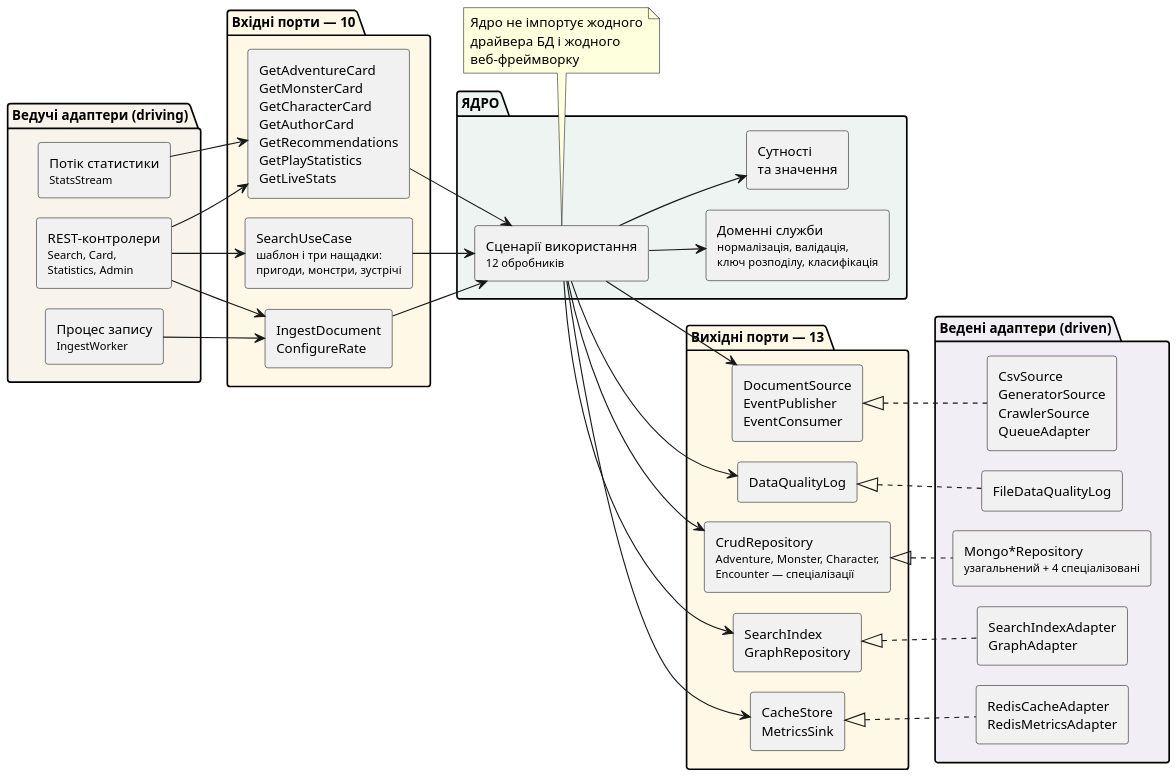
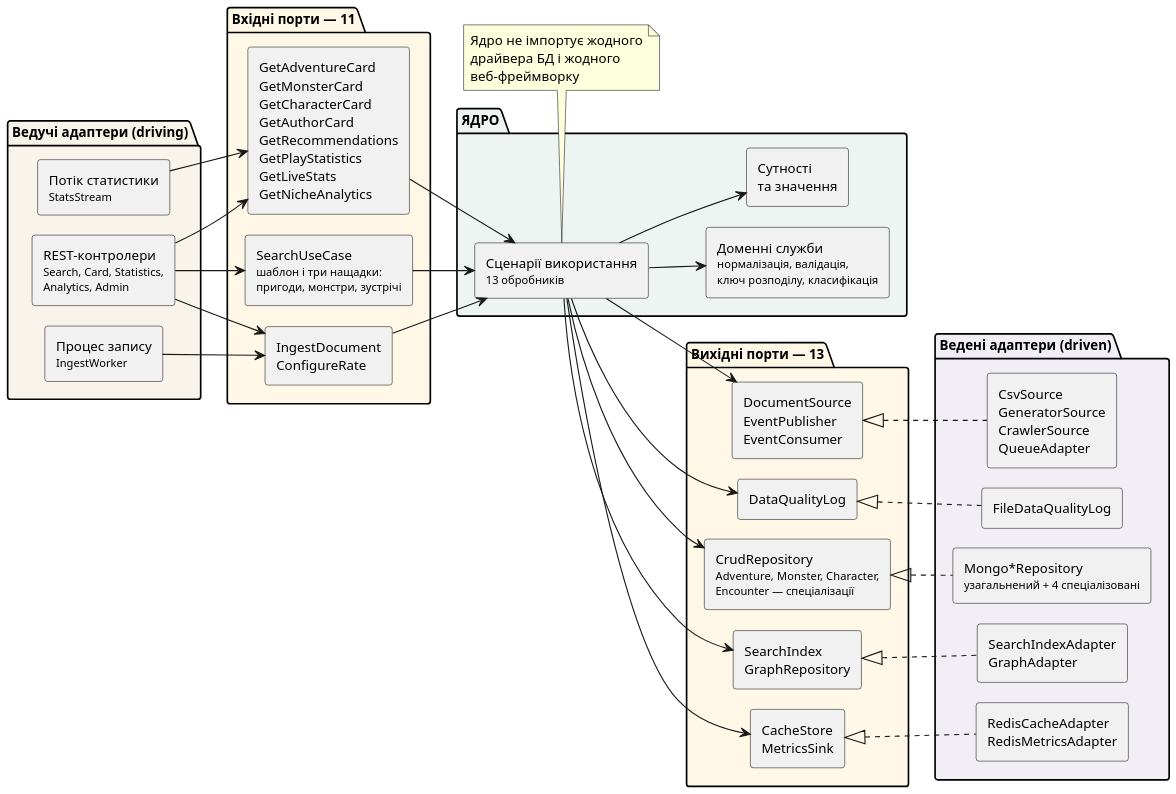
The second of 7 diagrams in docs/conceptual/arch.puml (Oleksiiska/DB_coursework_D-D), drawn with PlantUML before and after one commit. The commit also changed other lines of this file and 58 other files, not shown here.

```diff
--- a/docs/conceptual/arch.puml
+++ b/docs/conceptual/arch.puml
@@ -75,75 +76,75 @@
 @startuml arch-02-hexagon
 skinparam backgroundColor white
 skinparam shadowing false
 skinparam dpi 150
 skinparam componentStyle rectangle
 skinparam defaultFontSize 12
 skinparam nodesep 18
 skinparam ranksep 40
 left to right direction
 
 package "Ведучі адаптери (driving)" #F8F4EC {
-  component "REST-контролери\n<size:10>Search, Card,</size>\n<size:10>Statistics, Admin</size>" as D1
+  component "REST-контролери\n<size:10>Search, Card, Statistics,</size>\n<size:10>Analytics, Admin</size>" as D1
   component "Потік статистики\n<size:10>StatsStream</size>" as D2
   component "Процес запису\n<size:10>IngestWorker</size>" as D3
 }
 
-package "Вхідні порти — 10" #FFF8E7 {
+package "Вхідні порти — 11" #FFF8E7 {
   component "SearchUseCase\n<size:10>шаблон і три нащадки:</size>\n<size:10>пригоди, монстри, зустрічі</size>" as P1
-  component "GetAdventureCard\nGetMonsterCard\nGetCharacterCard\nGetAuthorCard\nGetRecommendations\nGetPlayStatistics\nGetLiveStats" as P2
+  component "GetAdventureCard\nGetMonsterCard\nGetCharacterCard\nGetAuthorCard\nGetRecommendations\nGetPlayStatistics\nGetLiveStats\nGetNicheAnalytics" as P2
   component "IngestDocument\nConfigureRate" as P3
 }
 
 package "ЯДРО" #EDF4F2 {
-  component "Сценарії використання\n<size:10>12 обробників</size>" as CORE
+  component "Сценарії використання\n<size:10>13 обробників</size>" as CORE
   component "Сутності\nта значення" as ENT
   component "Доменні служби\n<size:10>нормалізація, валідація,</size>\n<size:10>ключ розподілу, класифікація</size>" as SRV
 }
 
 package "Вихідні порти — 13" #FFF8E7 {
   component "CrudRepository\n<size:10>Adventure, Monster, Character,</size>\n<size:10>Encounter — спеціалізації</size>" as Q1
   component "SearchIndex\nGraphRepository" as Q2
   component "CacheStore\nMetricsSink" as Q3
   component "DocumentSource\nEventPublisher\nEventConsumer" as Q4
   component "DataQualityLog" as Q5
 }
 
 package "Ведені адаптери (driven)" #F2EEF6 {
   component "Mongo*Repository\n<size:10>узагальнений + 4 спеціалізовані</size>" as A1
   component "SearchIndexAdapter\nGraphAdapter" as A2
   component "RedisCacheAdapter\nRedisMetricsAdapter" as A3
   component "CsvSource\nGeneratorSource\nCrawlerSource\nQueueAdapter" as A4
   component "FileDataQualityLog" as A5
 }
 
 D1 --> P1
 D1 --> P2
 D1 --> P3
 D2 --> P2
 D3 --> P3
 
 P1 --> CORE
 P2 --> CORE
 P3 --> CORE
 CORE --> ENT
 CORE --> SRV
 
 CORE --> Q1
 CORE --> Q2
 CORE --> Q3
 CORE --> Q4
 CORE --> Q5
 
 Q1 <|.. A1
 Q2 <|.. A2
 Q3 <|.. A3
 Q4 <|.. A4
 Q5 <|.. A5
 
 note bottom of CORE
   Ядро не імпортує жодного
   драйвера БД і жодного
   веб-фреймворку
 end note
 
 @enduml
```
